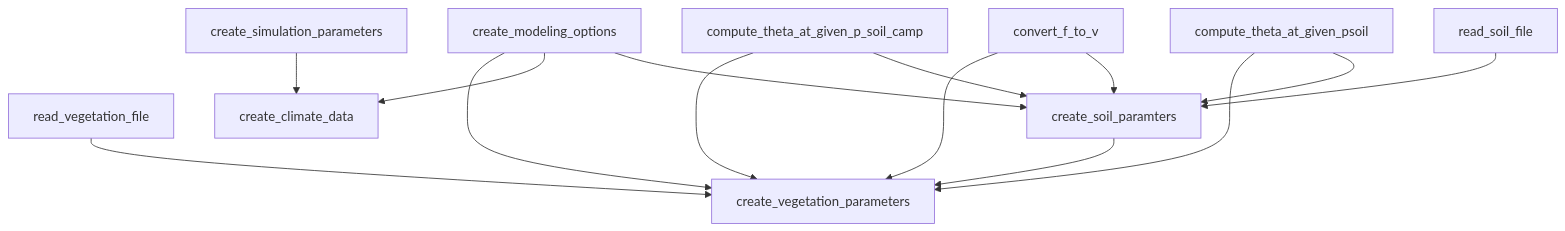
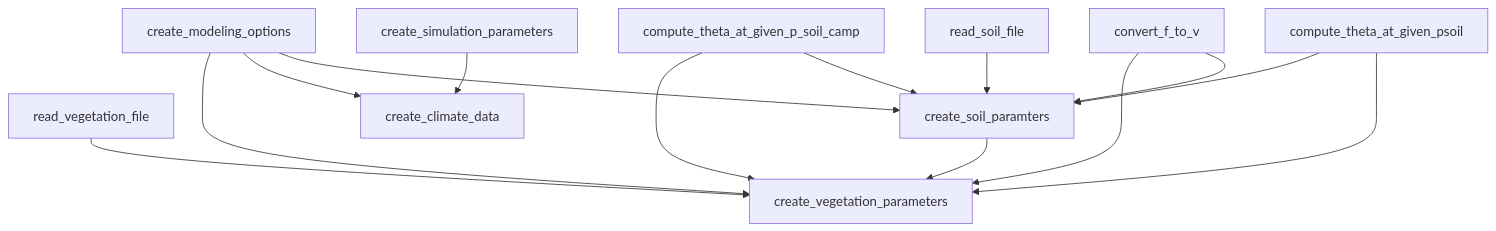
The diagram in README.md (ecamo19/sureau_ecos_py), drawn with Mermaid before and after one commit. The commit also changed 1 other file, not shown here.

Commit message:
README updated

````diff
--- a/README.md
+++ b/README.md
@@ -19,36 +19,38 @@
 ``` mermaid
     %%{init:{'themeVariables': {'primaryBorderColor': '#00758f'}}}%%
     flowchart TD;
 
         compute_theta_at_given_p_soil_camp-->create_vegetation_parameters;
         create_modeling_options-->create_vegetation_parameters;
         convert_f_to_v-->create_vegetation_parameters;
         read_vegetation_file-->create_vegetation_parameters;
 
-        compute_theta_at_given_psoil-->create_vegetation_parameters;
+        
         create_soil_paramters-->create_vegetation_parameters;
-
-
+        
+        create_modeling_options-->create_climate_data;
         create_simulation_parameters-->create_climate_data;
-        create_modeling_options-->create_climate_data;
+        
 
         create_modeling_options-->create_soil_paramters;
+        read_soil_file-->create_soil_paramters;
         compute_theta_at_given_p_soil_camp-->create_soil_paramters;
-        read_soil_file-->create_soil_paramters;
+        compute_theta_at_given_psoil-->create_soil_paramters;
+        compute_theta_at_given_psoil-->create_vegetation_parameters;
         convert_f_to_v-->create_soil_paramters;
-        compute_theta_at_given_psoil-->create_soil_paramters;
+        
 
         
 
         %% Blue color boxes -----------------------------------------------------
 
         %%style create_climate_data fill:#00758f
         %%style create_modeling_options fill:#00758f
         %%style create_simulation_parameters fill:#00758f, lineColor:#00758f
         %%style create_soil_paramters fill:#00758f
 
 
         %% Red color boxes ------------------------------------------------------
         %%style compute_theta_at_given_psoil fill:#880808
 
 ```
````
